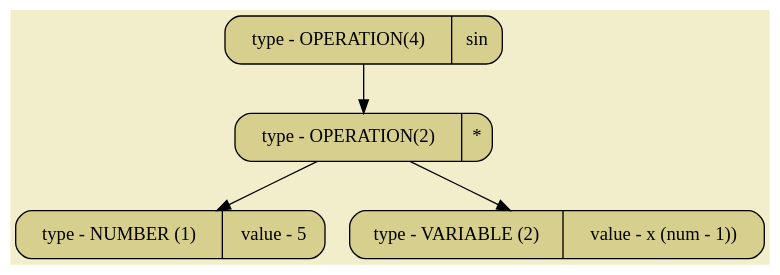
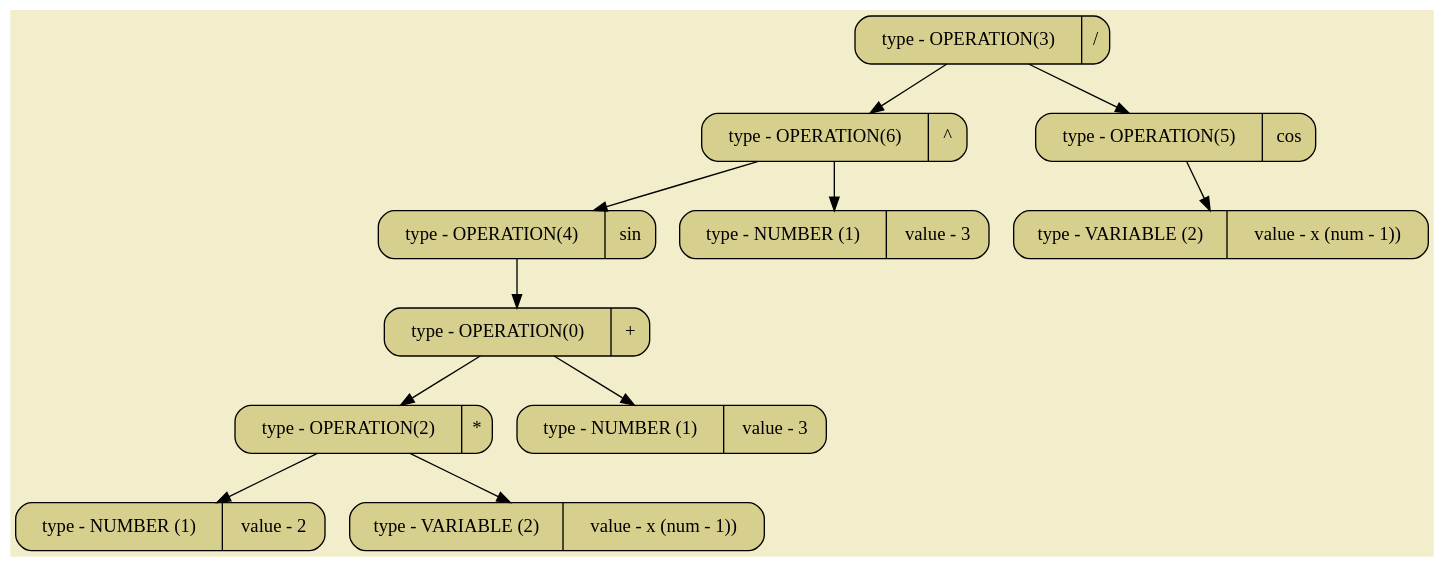
The diagram in pictures/image02.dot (SashaKhaytina/Differenciator), drawn with Graphviz before and after one commit. The commit also changed 20 other files, not shown here.

```diff
--- a/pictures/image02.dot
+++ b/pictures/image02.dot
@@ -1,12 +1,26 @@
 digraph
 {
 bgcolor="#F2EECB";
 rankdir = TB;
-POINT_0x5f956eb30490[shape=Mrecord, label = "type - OPERATION(4) | sin", style="filled",fillcolor="#D7CF8D"]
-POINT_0x5f956eb30598[shape=Mrecord, label = "type - OPERATION(2) | *", style="filled",fillcolor="#D7CF8D"]
-POINT_0x5f956eb305b0[shape=Mrecord, label = "type - NUMBER (1) | value - 5", style="filled",fillcolor="#D7CF8D"]
-POINT_0x5f956eb305e0[shape=Mrecord, label = "type - VARIABLE (2) | value - x (num - 1))", style="filled",fillcolor="#D7CF8D"]
-POINT_0x5f956eb30490 -> POINT_0x5f956eb30598
-POINT_0x5f956eb30598 -> POINT_0x5f956eb305b0
-POINT_0x5f956eb30598 -> POINT_0x5f956eb305e0
+POINT_0x5aeaa54f65b0[shape=Mrecord, label = "type - OPERATION(3) | /", style="filled",fillcolor="#D7CF8D"]
+POINT_0x5aeaa54f6580[shape=Mrecord, label = "type - OPERATION(6) | ^", style="filled",fillcolor="#D7CF8D"]
+POINT_0x5aeaa54f64a8[shape=Mrecord, label = "type - OPERATION(4) | sin", style="filled",fillcolor="#D7CF8D"]
+POINT_0x5aeaa54f6520[shape=Mrecord, label = "type - OPERATION(0) | +", style="filled",fillcolor="#D7CF8D"]
+POINT_0x5aeaa54f64f0[shape=Mrecord, label = "type - OPERATION(2) | *", style="filled",fillcolor="#D7CF8D"]
+POINT_0x5aeaa54f64d8[shape=Mrecord, label = "type - NUMBER (1) | value - 2", style="filled",fillcolor="#D7CF8D"]
+POINT_0x5aeaa54f6508[shape=Mrecord, label = "type - VARIABLE (2) | value - x (num - 1))", style="filled",fillcolor="#D7CF8D"]
+POINT_0x5aeaa54f6538[shape=Mrecord, label = "type - NUMBER (1) | value - 3", style="filled",fillcolor="#D7CF8D"]
+POINT_0x5aeaa54f6598[shape=Mrecord, label = "type - NUMBER (1) | value - 3", style="filled",fillcolor="#D7CF8D"]
+POINT_0x5aeaa54f65c8[shape=Mrecord, label = "type - OPERATION(5) | cos", style="filled",fillcolor="#D7CF8D"]
+POINT_0x5aeaa54f65f8[shape=Mrecord, label = "type - VARIABLE (2) | value - x (num - 1))", style="filled",fillcolor="#D7CF8D"]
+POINT_0x5aeaa54f65b0 -> POINT_0x5aeaa54f6580
+POINT_0x5aeaa54f65b0 -> POINT_0x5aeaa54f65c8
+POINT_0x5aeaa54f6580 -> POINT_0x5aeaa54f64a8
+POINT_0x5aeaa54f6580 -> POINT_0x5aeaa54f6598
+POINT_0x5aeaa54f64a8 -> POINT_0x5aeaa54f6520
+POINT_0x5aeaa54f6520 -> POINT_0x5aeaa54f64f0
+POINT_0x5aeaa54f6520 -> POINT_0x5aeaa54f6538
+POINT_0x5aeaa54f64f0 -> POINT_0x5aeaa54f64d8
+POINT_0x5aeaa54f64f0 -> POINT_0x5aeaa54f6508
+POINT_0x5aeaa54f65c8 -> POINT_0x5aeaa54f65f8
 }
```
